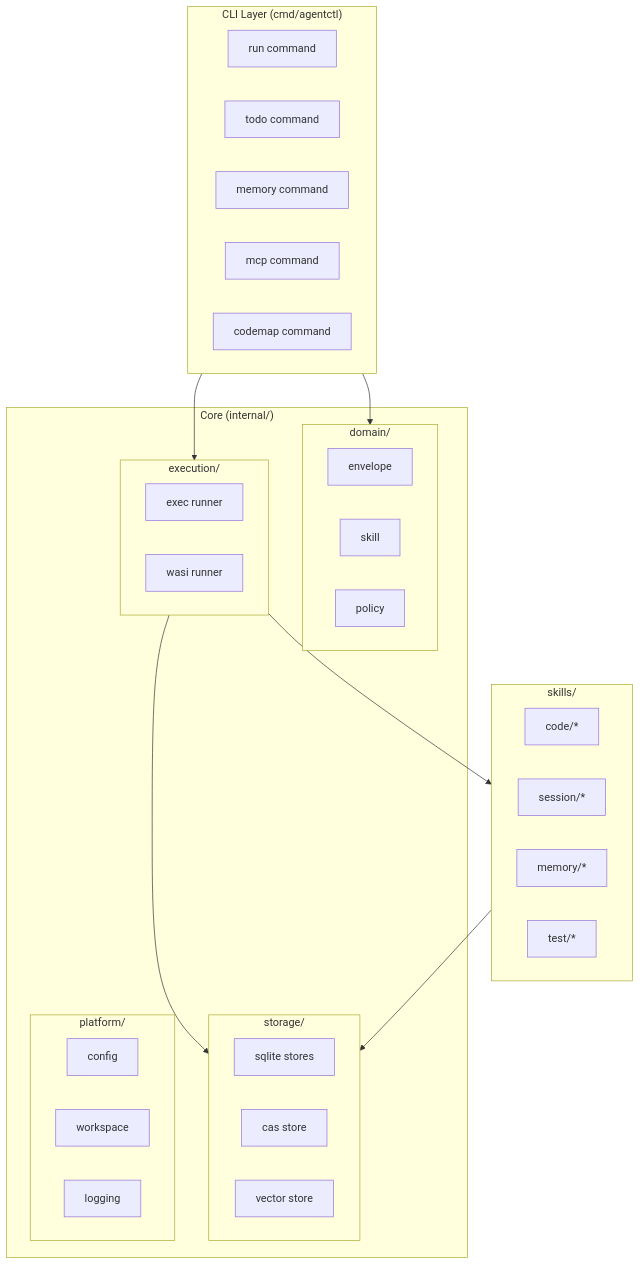
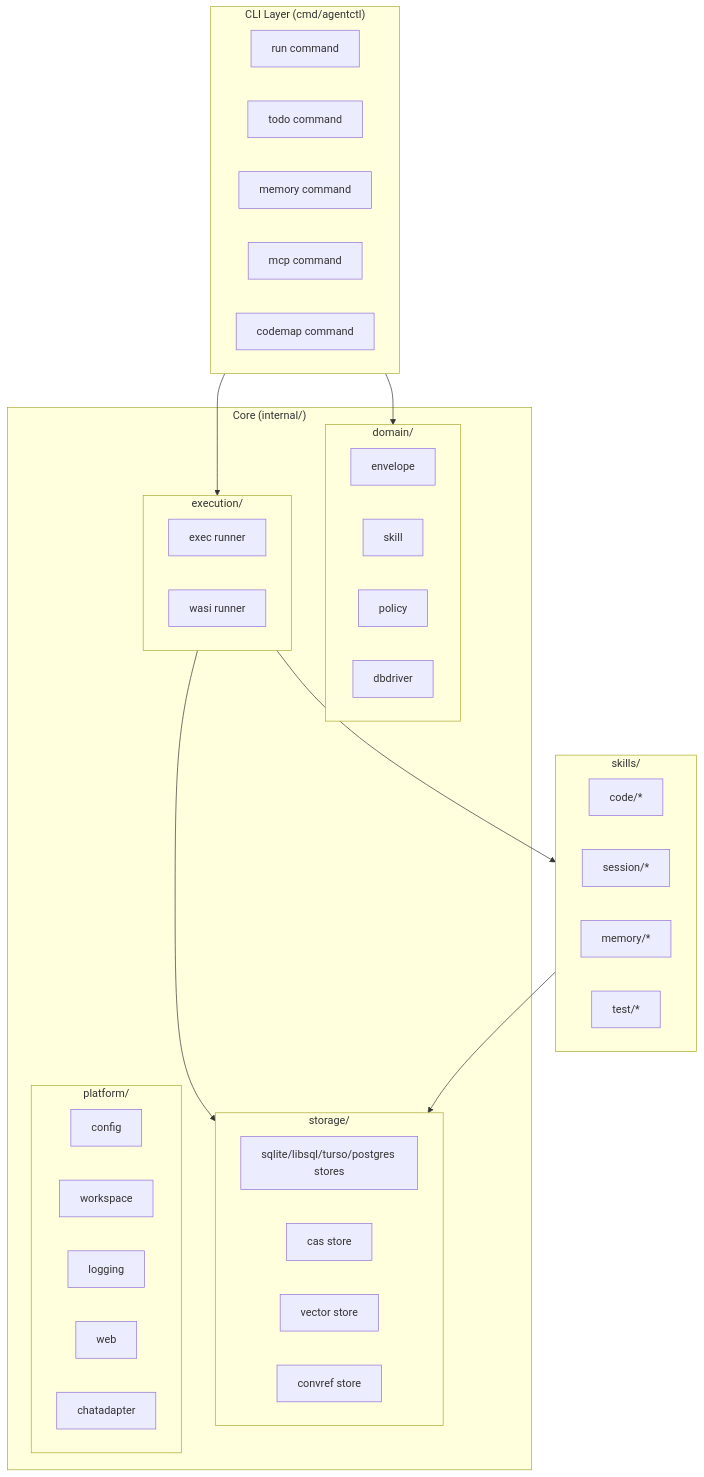
Before and after one commit to joshka0/foxctl: the first of 3 diagrams in docs/general/architecture.md, drawn with Mermaid. The commit also changed other lines of this file and 20 other files, not shown here.

````diff
--- a/docs/general/architecture.md
+++ b/docs/general/architecture.md
@@ -9,48 +9,52 @@
 ```mermaid
 flowchart TD
     subgraph CLI["CLI Layer (cmd/agentctl)"]
         RUN[run command]
         TODO[todo command]
         MEM[memory command]
         MCP[mcp command]
         CMAP[codemap command]
     end
 
     subgraph Core["Core (internal/)"]
         subgraph Domain["domain/"]
             ENV[envelope]
             SKL[skill]
             POL[policy]
+            DRV[dbdriver]
         end
 
         subgraph Execution["execution/"]
             EXEC[exec runner]
             WASI[wasi runner]
         end
 
         subgraph Storage["storage/"]
-            SQLDB[sqlite stores]
+            SQLDB[sqlite/libsql/turso/postgres stores]
             CAS[cas store]
             VEC[vector store]
+            CVR[convref store]
         end
 
         subgraph Platform["platform/"]
             CFG[config]
             WS[workspace]
             LOG[logging]
+            WEB[web]
+            CHAT[chatadapter]
         end
     end
 
     subgraph Skills["skills/"]
         CODE[code/*]
         SESS[session/*]
         MEMO[memory/*]
         TEST[test/*]
     end
 
-    CLI --> Domain
-    CLI --> Execution
-    Execution --> Storage
-    Execution --> Skills
-    Skills --> Storage
+        CLI --> Domain
+        CLI --> Execution
+        Execution --> Storage
+        Execution --> Skills
+        Skills --> Storage
 ```
````
